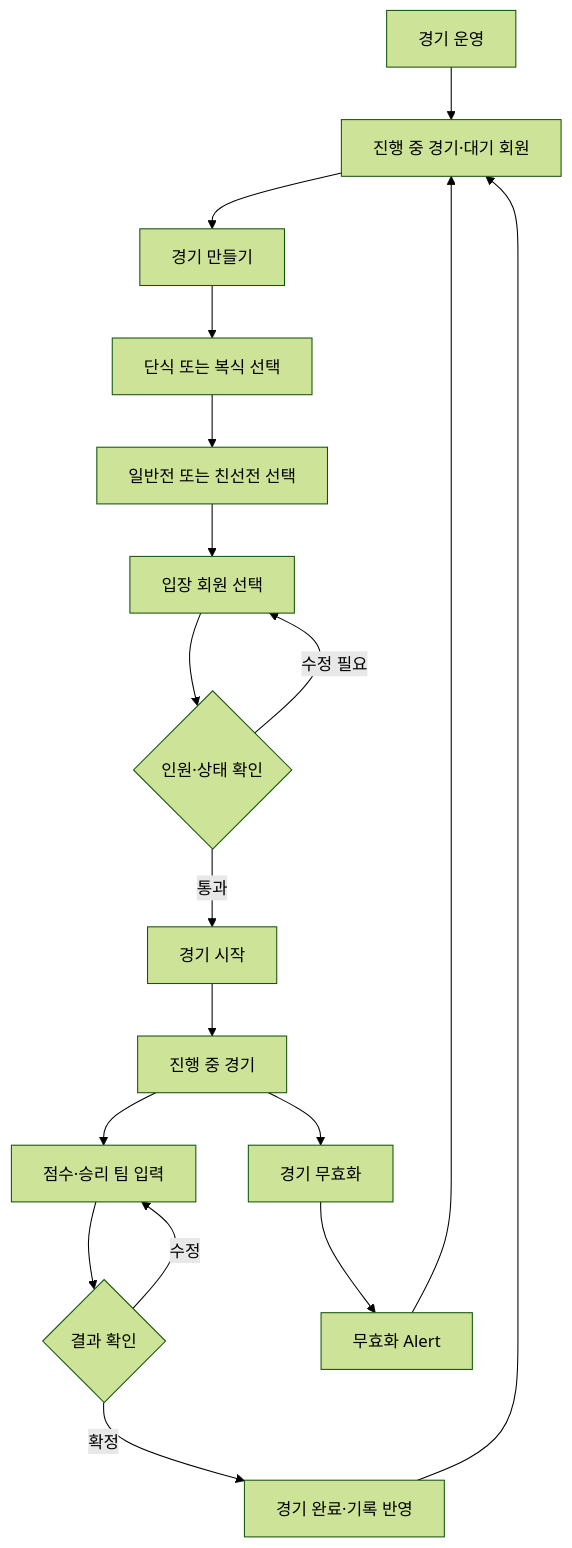
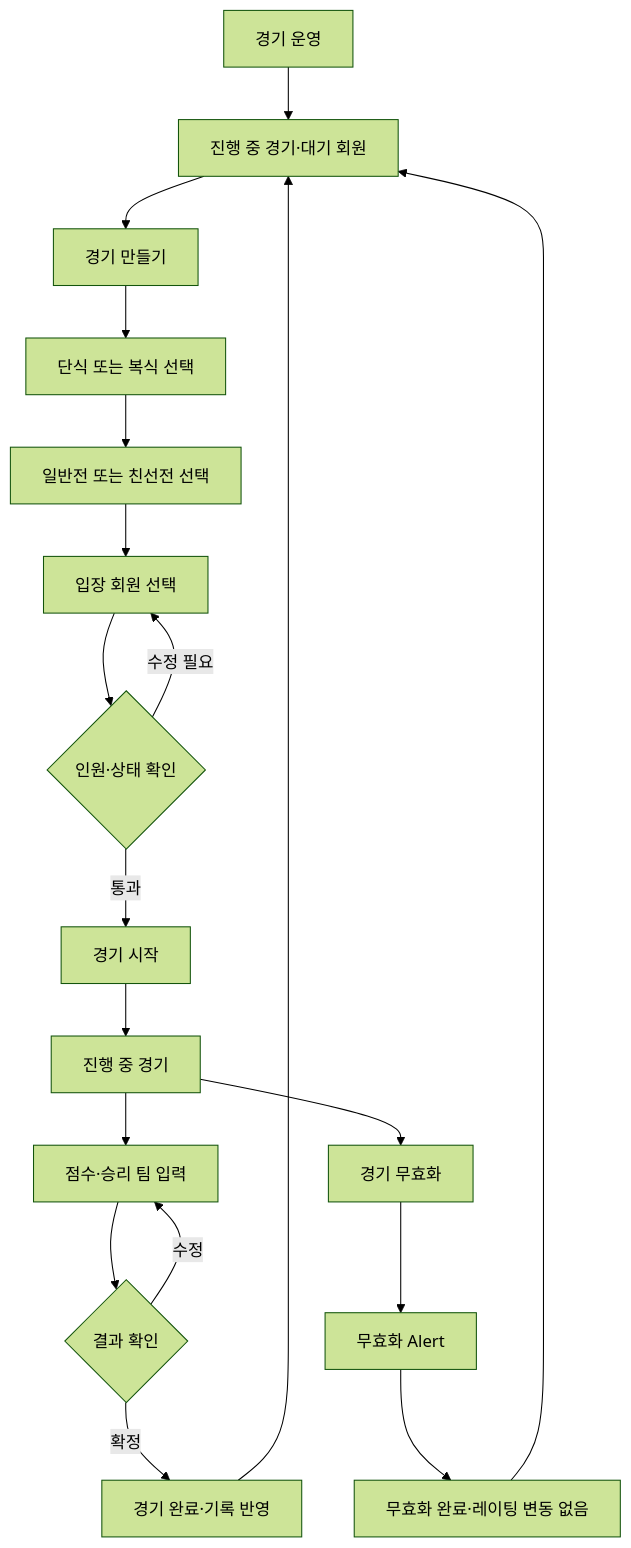
Before and after one commit to 2hyun2/badminton-club-platform: the fifth of 9 diagrams in 02 UI 화면 흐름.md, drawn with Mermaid (forest theme). The commit also changed other lines of this file and 13 other files, not shown here.

````diff
--- a/02 UI 화면 흐름.md
+++ b/02 UI 화면 흐름.md
@@ -209,20 +213,21 @@
 ```mermaid
 flowchart TD
     MatchHome[경기 운영] --> MatchList[진행 중 경기·대기 회원]
     MatchList --> NewMatch[경기 만들기]
     NewMatch --> MatchType[단식 또는 복식 선택]
     MatchType --> MatchMode[일반전 또는 친선전 선택]
     MatchMode --> Players[입장 회원 선택]
     Players --> Validate{인원·상태 확인}
     Validate -- 수정 필요 --> Players
     Validate -- 통과 --> StartMatch[경기 시작]
     StartMatch --> Playing[진행 중 경기]
     Playing --> MatchResult[점수·승리 팀 입력]
     MatchResult --> ResultConfirm{결과 확인}
     ResultConfirm -- 수정 --> MatchResult
     ResultConfirm -- 확정 --> Finish[경기 완료·기록 반영]
     Playing --> Void[경기 무효화]
     Void --> VoidConfirm[무효화 Alert]
-    VoidConfirm --> MatchList
+    VoidConfirm --> VoidComplete[무효화 완료·레이팅 변동 없음]
+    VoidComplete --> MatchList
     Finish --> MatchList
 ```
````
